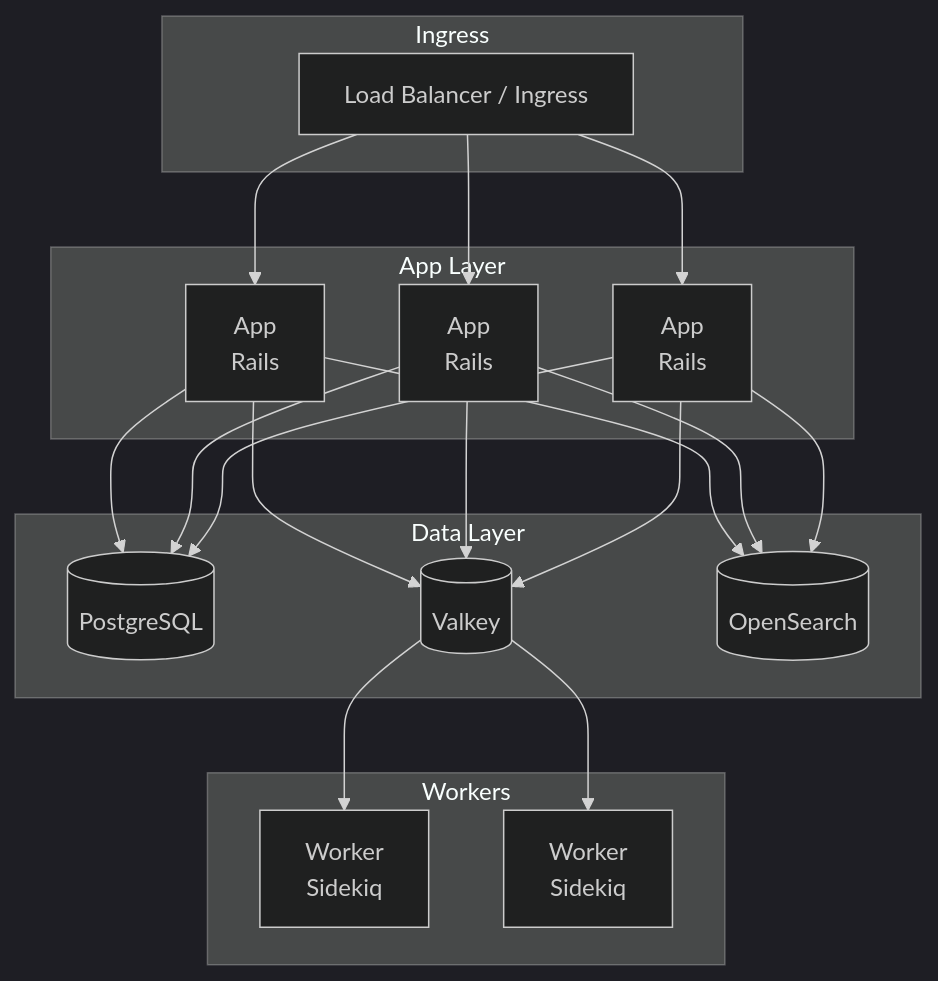
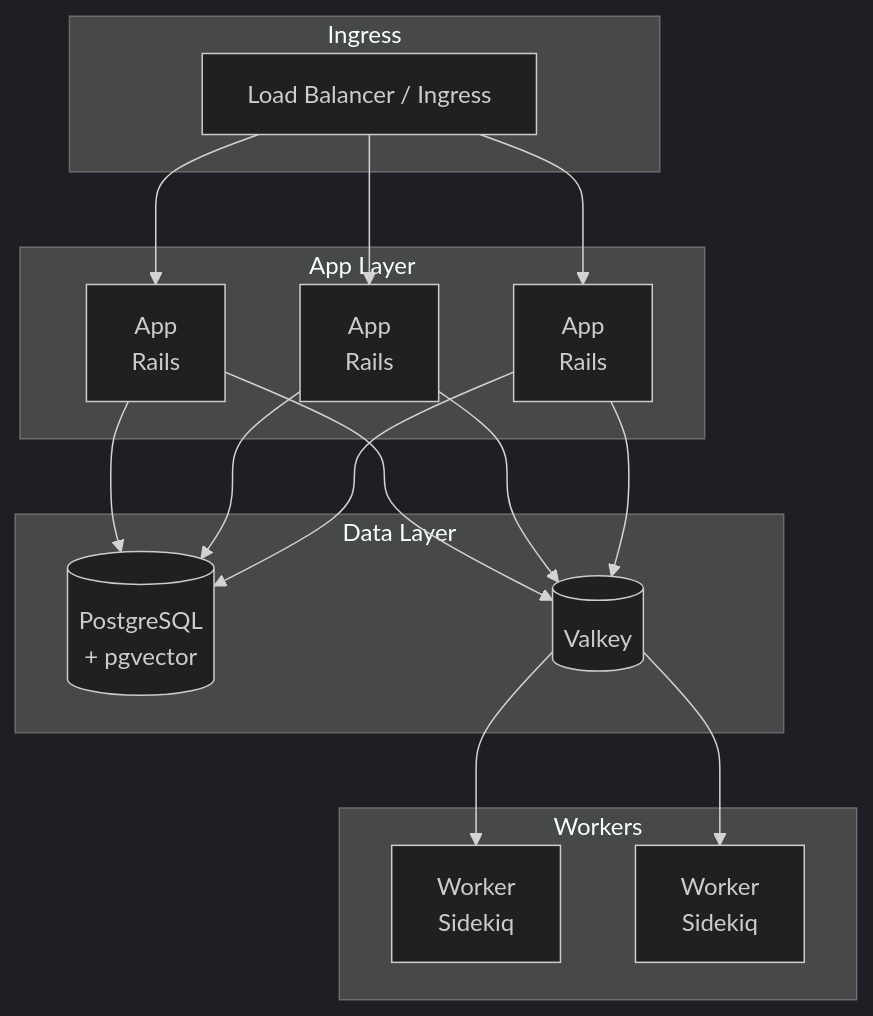
One commit to Tight-Line/brimming changed the diagram in README.md. Above: the diagram before and after it, drawn with Mermaid (dark theme). The commit also changed other lines of this file and 98 other files, not shown here.

````diff
--- a/README.md
+++ b/README.md
@@ -216,42 +216,37 @@
 ```mermaid
 flowchart TB
     subgraph Ingress
         LB[Load Balancer / Ingress]
     end
 
     subgraph App Layer
         App1[App<br/>Rails]
         App2[App<br/>Rails]
         App3[App<br/>Rails]
     end
 
     subgraph Data Layer
-        PG[(PostgreSQL)]
+        PG[(PostgreSQL<br/>+ pgvector)]
         VK[(Valkey)]
-        OS[(OpenSearch)]
     end
 
     subgraph Workers
         W1[Worker<br/>Sidekiq]
         W2[Worker<br/>Sidekiq]
     end
 
     LB --> App1
     LB --> App2
     LB --> App3
 
     App1 --> PG
     App2 --> PG
     App3 --> PG
 
     App1 --> VK
     App2 --> VK
     App3 --> VK
 
-    App1 --> OS
-    App2 --> OS
-    App3 --> OS
-
     VK --> W1
     VK --> W2
 ```
````
